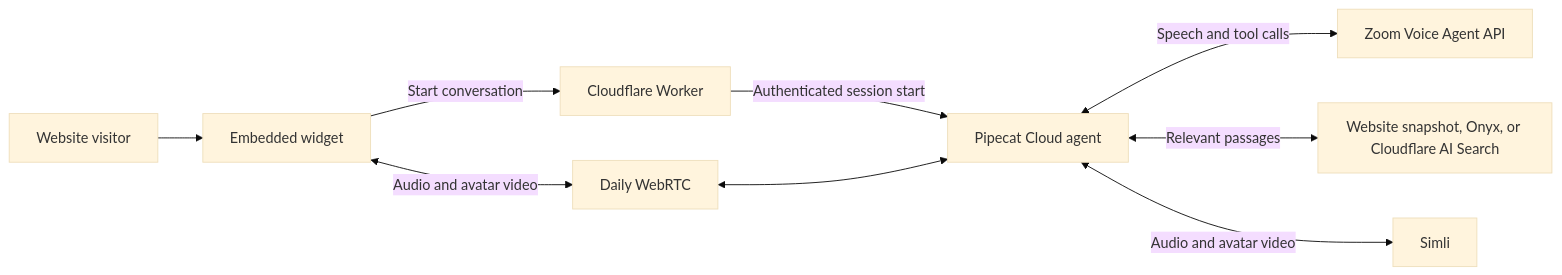
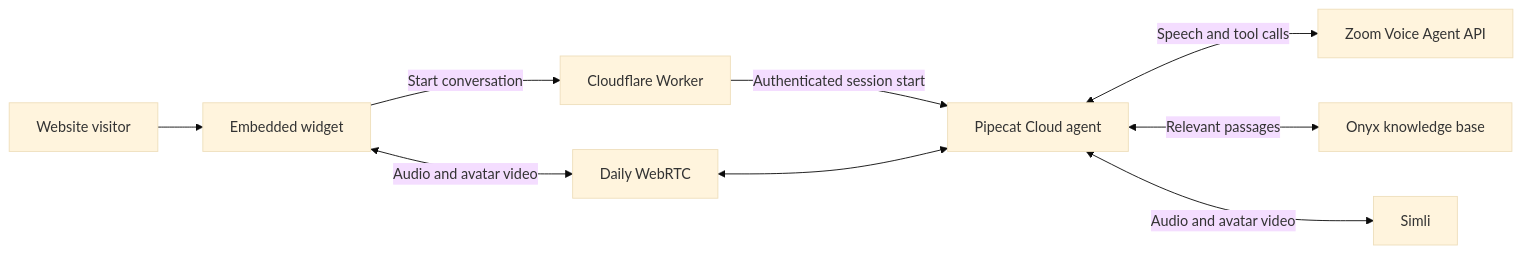
The diagram in README.md (ChangliangLiu/nova-website-assistant), drawn with Mermaid (base theme) before and after one commit. The commit also changed other lines of this file and 19 other files, not shown here.

Commit message:
Use Onyx exclusively for knowledge search

````diff
--- a/README.md
+++ b/README.md
@@ -7,11 +7,11 @@
 ```mermaid
 flowchart LR
     Visitor[Website visitor] --> Widget[Embedded widget]
     Widget -->|Start conversation| Gateway[Cloudflare Worker]
     Gateway -->|Authenticated session start| Agent[Pipecat Cloud agent]
     Widget <-->|Audio and avatar video| Daily[Daily WebRTC]
     Daily <--> Agent
     Agent <-->|Speech and tool calls| Zoom[Zoom Voice Agent API]
-    Agent <-->|Relevant passages| Search[Website snapshot, Onyx, or Cloudflare AI Search]
+    Agent <-->|Relevant passages| Search[Onyx knowledge base]
     Agent <-->|Audio and avatar video| Simli[Simli]
 ```
````
